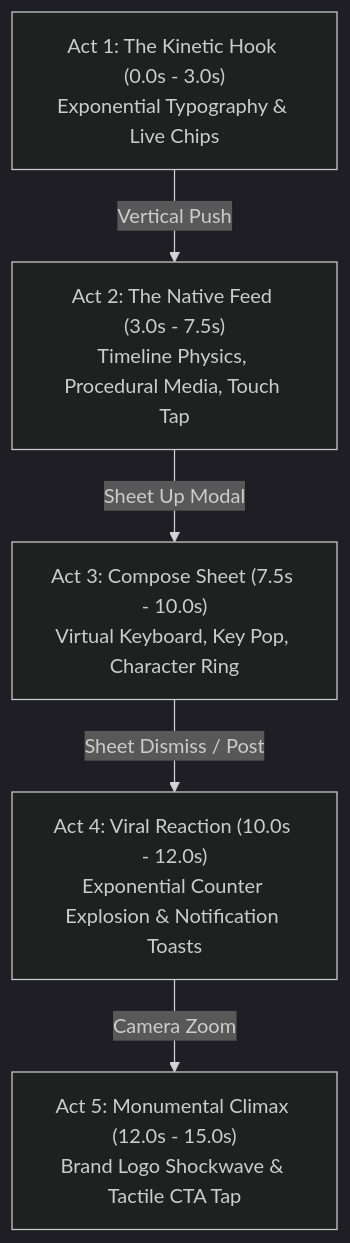
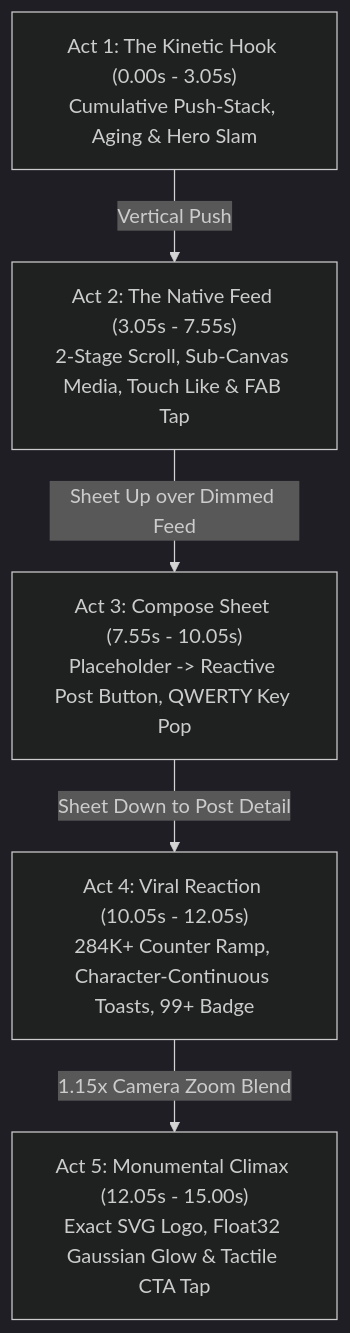
Before and after one commit to gnustella-lab/procedural-motion-graphics: the first of 2 diagrams in references/vertical-mobile-ad-architecture.md, drawn with Mermaid (dark theme). The commit also changed other lines of this file and 9 other files, not shown here.

First line of the commit message:
feat(motion): update procedural motion graphics skill to V4 golden standard

````diff
--- a/references/vertical-mobile-ad-architecture.md
+++ b/references/vertical-mobile-ad-architecture.md
@@ -5,7 +5,7 @@
 ```mermaid
 flowchart TD
-    A["Act 1: The Kinetic Hook (0.0s - 3.0s)<br/>Exponential Typography & Live Chips"] -->|Vertical Push| B["Act 2: The Native Feed (3.0s - 7.5s)<br/>Timeline Physics, Procedural Media, Touch Tap"]
-    B -->|Sheet Up Modal| C["Act 3: Compose Sheet (7.5s - 10.0s)<br/>Virtual Keyboard, Key Pop, Character Ring"]
-    C -->|Sheet Dismiss / Post| D["Act 4: Viral Reaction (10.0s - 12.0s)<br/>Exponential Counter Explosion & Notification Toasts"]
-    D -->|Camera Zoom| E["Act 5: Monumental Climax (12.0s - 15.0s)<br/>Brand Logo Shockwave & Tactile CTA Tap"]
+    A["Act 1: The Kinetic Hook (0.00s - 3.05s)<br/>Cumulative Push-Stack, Aging & Hero Slam"] -->|Vertical Push| B["Act 2: The Native Feed (3.05s - 7.55s)<br/>2-Stage Scroll, Sub-Canvas Media, Touch Like & FAB Tap"]
+    B -->|Sheet Up over Dimmed Feed| C["Act 3: Compose Sheet (7.55s - 10.05s)<br/>Placeholder -> Reactive Post Button, QWERTY Key Pop"]
+    C -->|Sheet Down to Post Detail| D["Act 4: Viral Reaction (10.05s - 12.05s)<br/>284K+ Counter Ramp, Character-Continuous Toasts, 99+ Badge"]
+    D -->|1.15x Camera Zoom Blend| E["Act 5: Monumental Climax (12.05s - 15.00s)<br/>Exact SVG Logo, Float32 Gaussian Glow & Tactile CTA Tap"]
 ```
````
